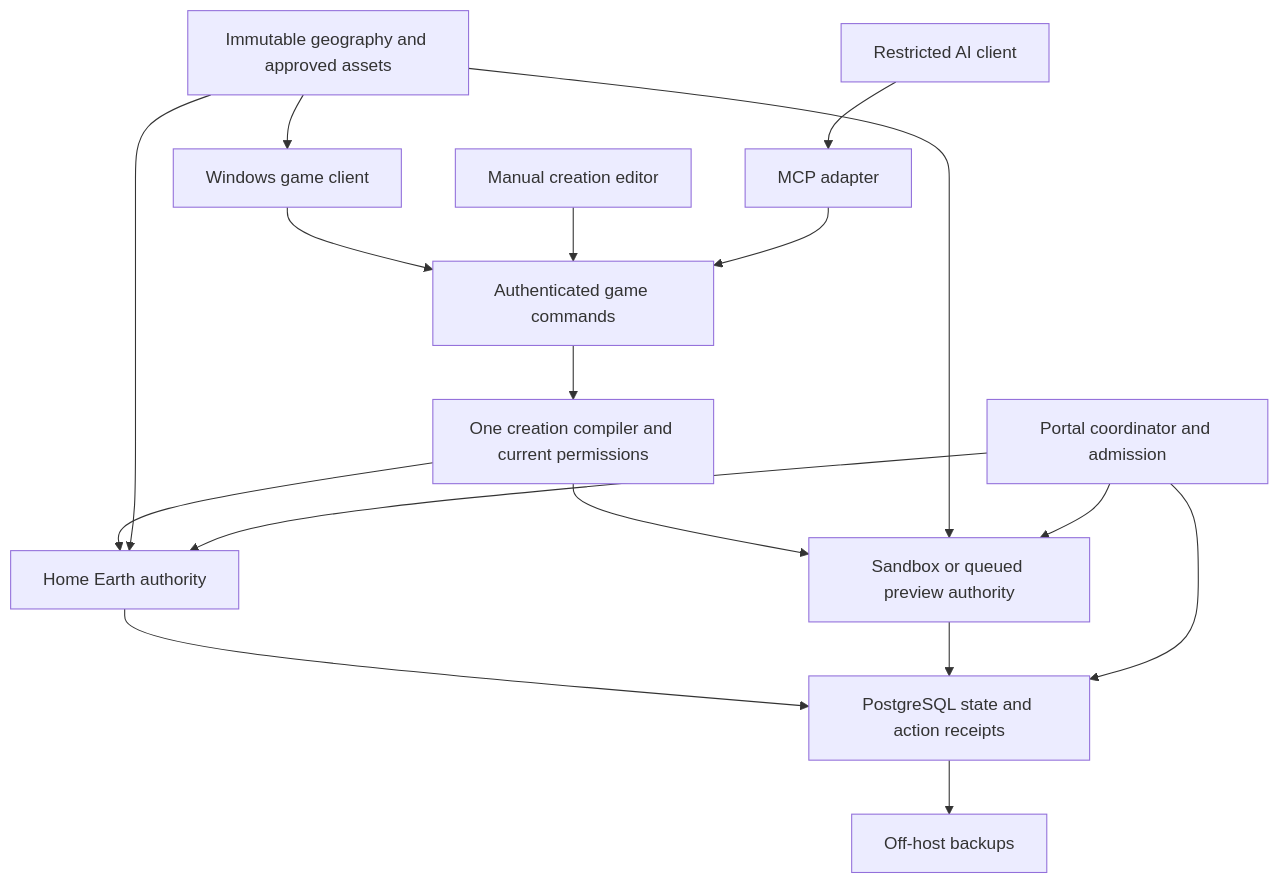
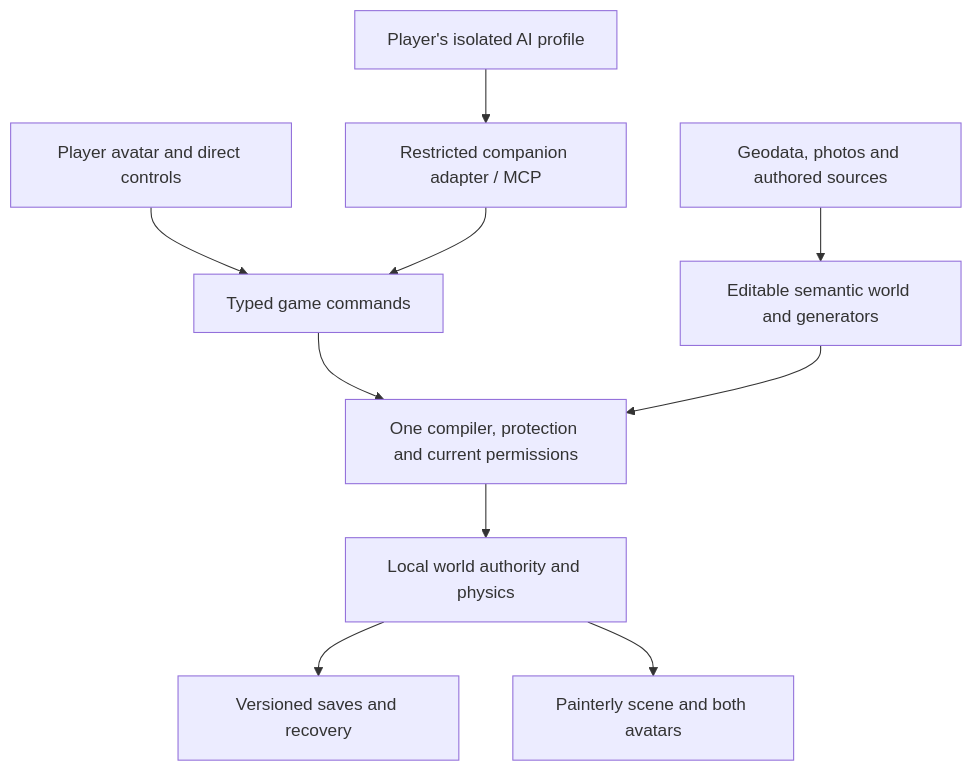
One commit to YourLifewithAI/EnFractal changed the diagram in docs/roadmap/ROADMAP.md. Above: the diagram before and after it, drawn with Mermaid. The commit also changed other lines of this file and 46 other files, not shown here.

Commit message:
Complete S0 native Godot C# foundation and single-player roadmap

````diff
--- a/docs/roadmap/ROADMAP.md
+++ b/docs/roadmap/ROADMAP.md
@@ -77,19 +84,12 @@
 ```mermaid
 flowchart TD
-    C[Windows game client] --> G[Authenticated game commands]
-    M[Manual creation editor] --> G
-    A[Restricted AI client] --> X[MCP adapter]
-    X --> G
-    G --> V[One creation compiler and current permissions]
-    V --> H[Home Earth authority]
-    V --> S[Sandbox or queued preview authority]
-    H --> D[PostgreSQL state and action receipts]
-    S --> D
-    D --> B[Off-host backups]
-    T[Immutable geography and approved assets] --> C
-    T --> H
-    T --> S
-    P[Portal coordinator and admission] --> H
-    P --> S
-    P --> D
+    P[Player avatar and direct controls] --> G[Typed game commands]
+    A[Player's isolated AI profile] --> M[Restricted companion adapter / MCP]
+    M --> G
+    G --> V[One compiler, protection and current permissions]
+    V --> W[Local world authority and physics]
+    W --> S[Versioned saves and recovery]
+    W --> R[Painterly scene and both avatars]
+    D[Geodata, photos and authored sources] --> E[Editable semantic world and generators]
+    E --> V
 ```
````
